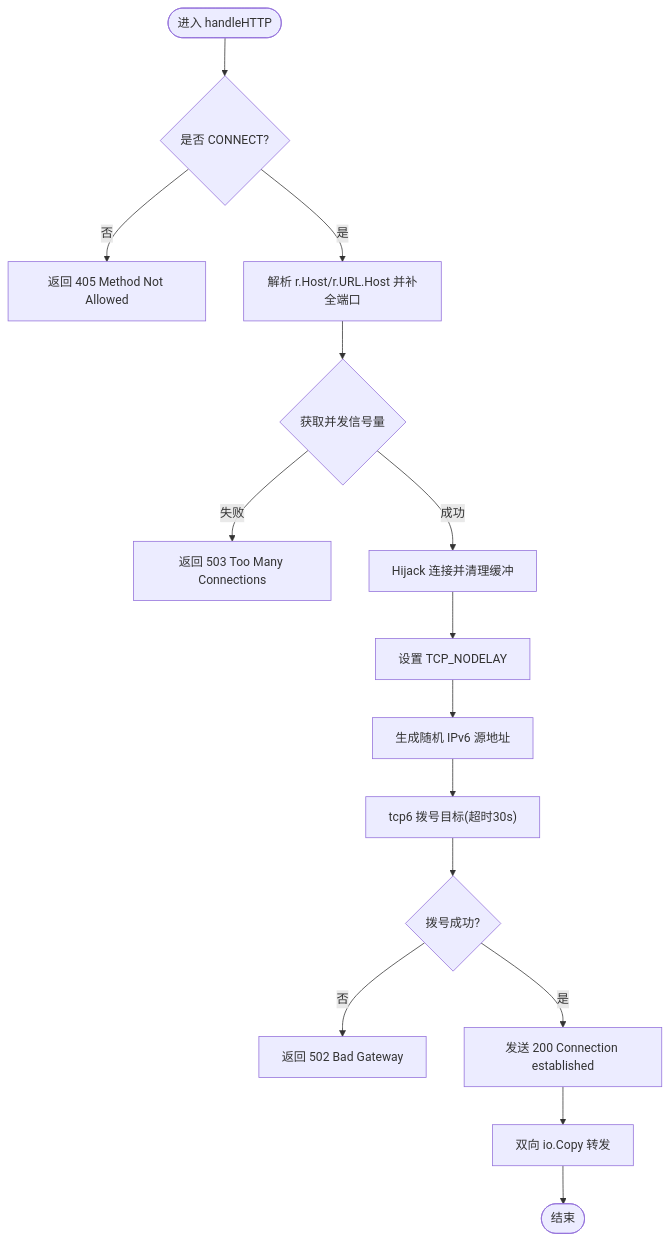
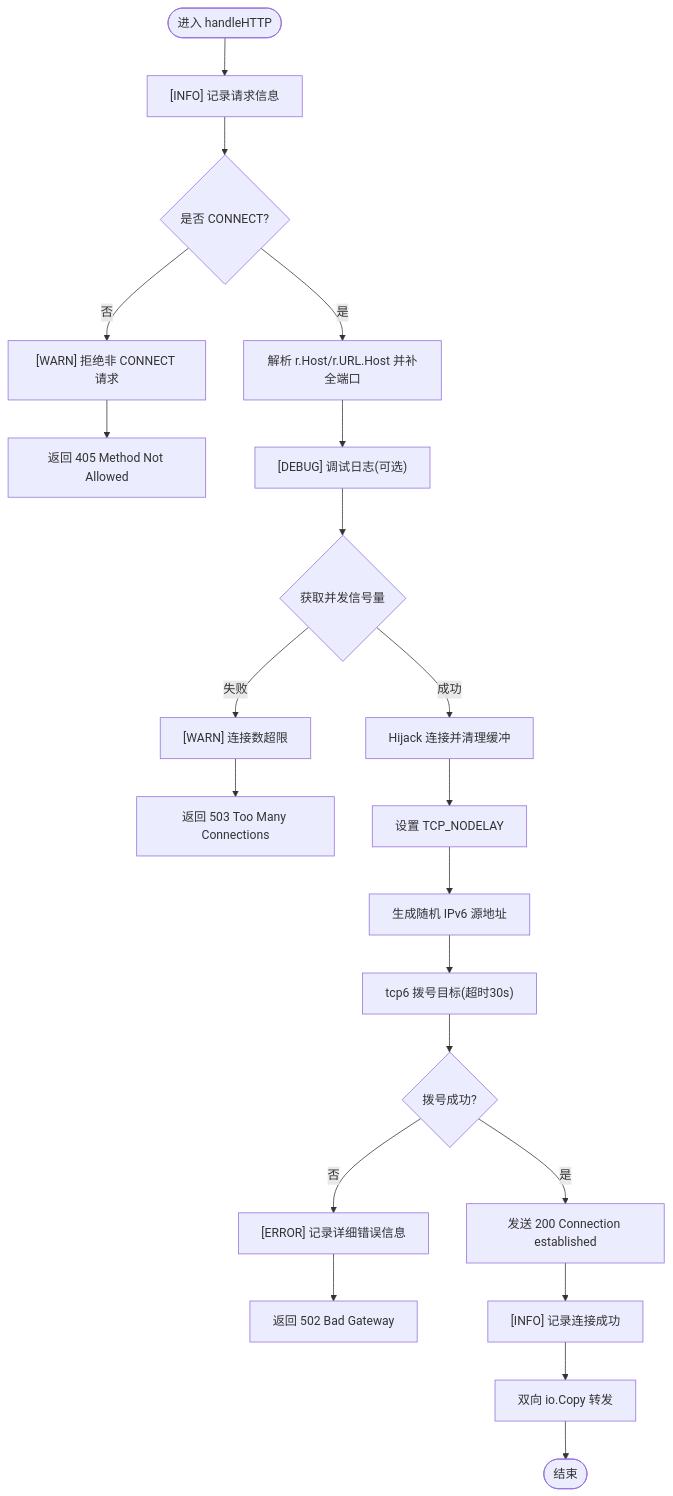
One commit to chuwang9964/ipv6-proxy-pool changed the third of 4 diagrams in .qoder/repowiki/zh/content/部署运维.md. Above: the diagram before and after it, drawn with Mermaid. The commit also changed other lines of this file and 22 other files, not shown here.

````diff
--- a/.qoder/repowiki/zh/content/部署运维.md
+++ b/.qoder/repowiki/zh/content/部署运维.md
@@ -141,17 +175,23 @@
 ```mermaid
 flowchart TD
-Start(["进入 handleHTTP"]) --> CheckMethod{"是否 CONNECT?"}
-CheckMethod --> |否| Err405["返回 405 Method Not Allowed"]
+Start(["进入 handleHTTP"]) --> LogInfo["[INFO] 记录请求信息"]
+LogInfo --> CheckMethod{"是否 CONNECT?"}
+CheckMethod --> |否| WarnLog["[WARN] 拒绝非 CONNECT 请求"]
+WarnLog --> Err405["返回 405 Method Not Allowed"]
 CheckMethod --> |是| ParseHost["解析 r.Host/r.URL.Host 并补全端口"]
-ParseHost --> SemAcquire{"获取并发信号量"}
-SemAcquire --> |失败| Err503["返回 503 Too Many Connections"]
+ParseHost --> DebugLog["[DEBUG] 调试日志(可选)"]
+DebugLog --> SemAcquire{"获取并发信号量"}
+SemAcquire --> |失败| WarnLimit["[WARN] 连接数超限"]
+WarnLimit --> Err503["返回 503 Too Many Connections"]
 SemAcquire --> |成功| Hijack["Hijack 连接并清理缓冲"]
 Hijack --> SetNoDelay["设置 TCP_NODELAY"]
 SetNoDelay --> RandomIP["生成随机 IPv6 源地址"]
 RandomIP --> DialTarget["tcp6 拨号目标(超时30s)"]
 DialTarget --> DialOK{"拨号成功?"}
-DialOK --> |否| Err502["返回 502 Bad Gateway"]
+DialOK --> |否| ErrorLog["[ERROR] 记录详细错误信息"]
+ErrorLog --> Err502["返回 502 Bad Gateway"]
 DialOK --> |是| Send200["发送 200 Connection established"]
-Send200 --> Relay["双向 io.Copy 转发"]
+Send200 --> InfoOK["[INFO] 记录连接成功"]
+InfoOK --> Relay["双向 io.Copy 转发"]
 Relay --> End(["结束"])
 ```
````
